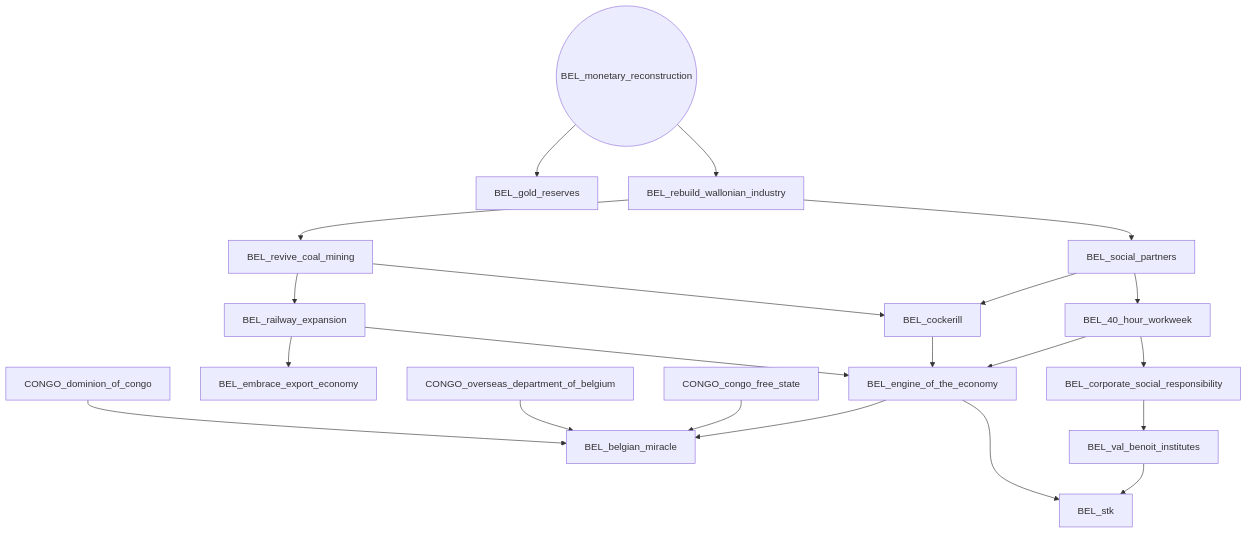
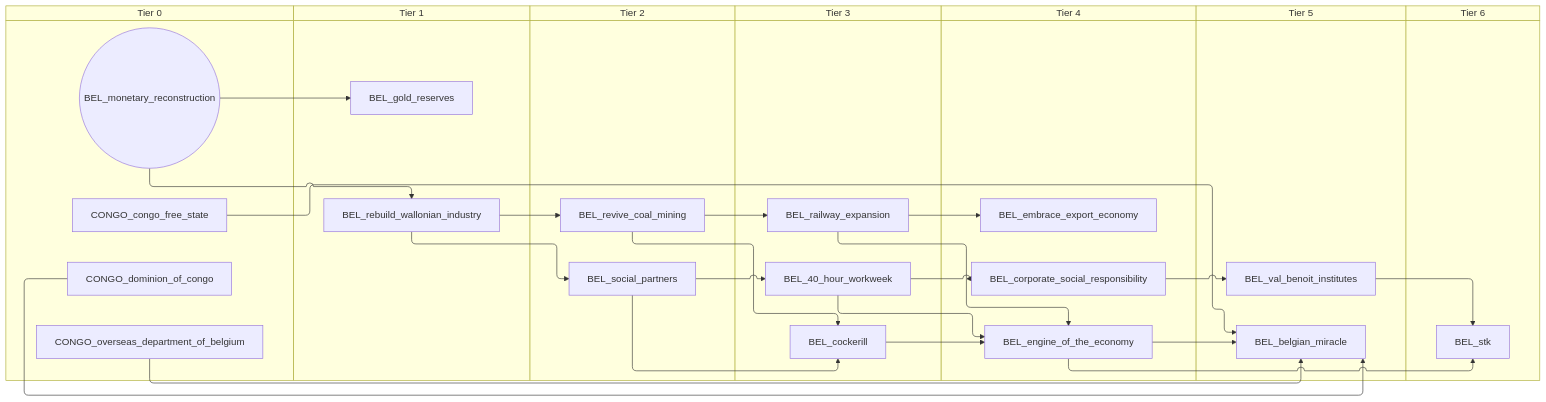
The third of 6 diagrams in docs/gdd/National Focuses/r56/belgium.md (evgeny-sobol/hoi4-sandbox-mode-r56), drawn with Mermaid before and after one commit. The commit also changed other lines of this file and 423 other files, not shown here.

First line of the commit message:
Re-export Rt56 focus trees as swimlane diagrams

````diff
--- a/docs/gdd/National Focuses/r56/belgium.md
+++ b/docs/gdd/National Focuses/r56/belgium.md
@@ -223,40 +257,54 @@
 ```mermaid
-flowchart TD
-    n90["BEL_40_hour_workweek"]
-    n91["BEL_belgian_miracle"]
-    n92["BEL_cockerill"]
-    n93["BEL_corporate_social_responsibility"]
-    n94["BEL_embrace_export_economy"]
-    n95["BEL_engine_of_the_economy"]
-    n96["BEL_gold_reserves"]
-    n97(("BEL_monetary_reconstruction"))
-    n98["BEL_railway_expansion"]
-    n99["BEL_rebuild_wallonian_industry"]
-    n100["BEL_revive_coal_mining"]
-    n101["BEL_social_partners"]
-    n102["BEL_stk"]
-    n103["BEL_val_benoit_institutes"]
-    n104["CONGO_congo_free_state"]
-    n105["CONGO_dominion_of_congo"]
-    n106["CONGO_overseas_department_of_belgium"]
-    n101 --> n90
-    n95 --> n91
-    n104 --> n91
-    n106 --> n91
-    n105 --> n91
-    n101 --> n92
-    n100 --> n92
-    n90 --> n93
-    n98 --> n94
+swimlane-beta TD
+    subgraph tier_0["Tier 0"]
+        n90(("BEL_monetary_reconstruction"))
+        n91["CONGO_congo_free_state"]
+        n92["CONGO_dominion_of_congo"]
+        n93["CONGO_overseas_department_of_belgium"]
+    end
+    subgraph tier_1["Tier 1"]
+        n94["BEL_gold_reserves"]
+        n95["BEL_rebuild_wallonian_industry"]
+    end
+    subgraph tier_2["Tier 2"]
+        n96["BEL_revive_coal_mining"]
+        n97["BEL_social_partners"]
+    end
+    subgraph tier_3["Tier 3"]
+        n98["BEL_40_hour_workweek"]
+        n99["BEL_cockerill"]
+        n100["BEL_railway_expansion"]
+    end
+    subgraph tier_4["Tier 4"]
+        n101["BEL_corporate_social_responsibility"]
+        n102["BEL_embrace_export_economy"]
+        n103["BEL_engine_of_the_economy"]
+    end
+    subgraph tier_5["Tier 5"]
+        n104["BEL_belgian_miracle"]
+        n105["BEL_val_benoit_institutes"]
+    end
+    subgraph tier_6["Tier 6"]
+        n106["BEL_stk"]
+    end
+    n97 --> n98
+    n103 --> n104
+    n91 --> n104
+    n93 --> n104
+    n92 --> n104
+    n97 --> n99
+    n96 --> n99
+    n98 --> n101
+    n100 --> n102
+    n98 --> n103
+    n99 --> n103
+    n100 --> n103
+    n90 --> n94
+    n96 --> n100
     n90 --> n95
-    n92 --> n95
-    n98 --> n95
-    n97 --> n96
-    n100 --> n98
-    n97 --> n99
-    n99 --> n100
-    n99 --> n101
-    n103 --> n102
-    n95 --> n102
-    n93 --> n103
+    n95 --> n96
+    n95 --> n97
+    n105 --> n106
+    n103 --> n106
+    n101 --> n105
 ```
````
